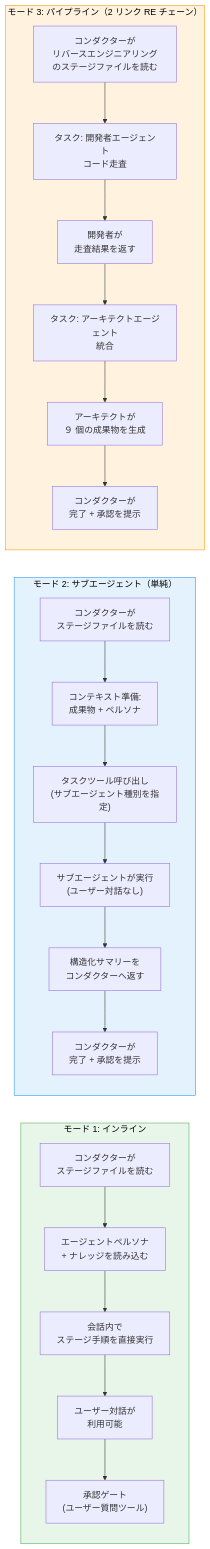
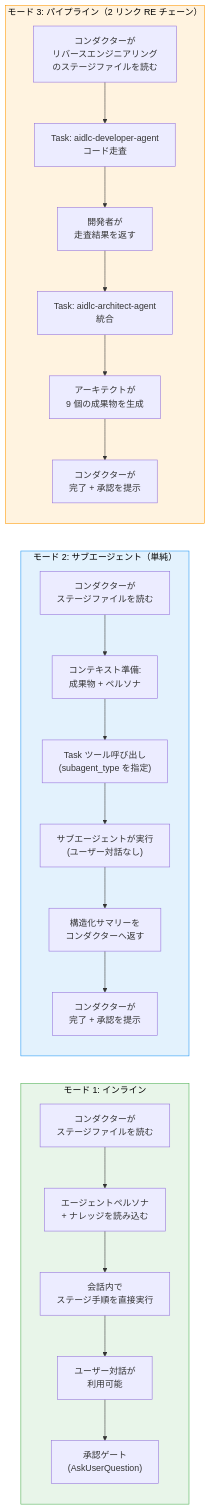
One commit to otomatty/aidlc-guide changed the second of 4 diagrams in docs/reference/ja/01-architecture.md. Above: the diagram before and after it, drawn with Mermaid. The commit also changed other lines of this file and 281 other files, not shown here.

````diff
--- a/docs/reference/ja/01-architecture.md
+++ b/docs/reference/ja/01-architecture.md
@@ -171,38 +169,38 @@
 ```mermaid
 flowchart LR
     subgraph INLINE["モード 1: インライン"]
         direction TB
         IN1["コンダクターが\nステージファイルを読む"]
         IN2["エージェントペルソナ\n+ ナレッジを読み込む"]
         IN3["会話内で\nステージ手順を直接実行"]
         IN4["ユーザー対話が\n利用可能"]
-        IN5["承認ゲート\n(ユーザー質問ツール)"]
+        IN5["承認ゲート\n(AskUserQuestion)"]
         IN1 --> IN2 --> IN3 --> IN4 --> IN5
     end
 
     subgraph SUBAGENT["モード 2: サブエージェント（単純）"]
         direction TB
         SA1["コンダクターが\nステージファイルを読む"]
         SA2["コンテキスト準備:\n成果物 + ペルソナ"]
-        SA3["タスクツール呼び出し\n(サブエージェント種別を指定)"]
+        SA3["Task ツール呼び出し\n(subagent_type を指定)"]
         SA4["サブエージェントが実行\n(ユーザー対話なし)"]
         SA5["構造化サマリーを\nコンダクターへ返す"]
         SA6["コンダクターが\n完了 + 承認を提示"]
         SA1 --> SA2 --> SA3 --> SA4 --> SA5 --> SA6
     end
 
     subgraph TWOSTEP["モード 3: パイプライン（2 リンク RE チェーン）"]
         direction TB
         TS1["コンダクターが\nリバースエンジニアリングのステージファイルを読む"]
-        TS2["タスク: 開発者エージェント\nコード走査"]
+        TS2["Task: aidlc-developer-agent\nコード走査"]
         TS3["開発者が\n走査結果を返す"]
-        TS4["タスク: アーキテクトエージェント\n統合"]
-        TS5["アーキテクトが\n９ 個の成果物を生成"]
+        TS4["Task: aidlc-architect-agent\n統合"]
+        TS5["アーキテクトが\n9 個の成果物を生成"]
         TS6["コンダクターが\n完了 + 承認を提示"]
         TS1 --> TS2 --> TS3 --> TS4 --> TS5 --> TS6
     end
 
     style INLINE fill:#e8f5e9,stroke:#4caf50,color:#000
     style SUBAGENT fill:#e3f2fd,stroke:#2196f3,color:#000
     style TWOSTEP fill:#fff3e0,stroke:#ff9800,color:#000
 ```
````
